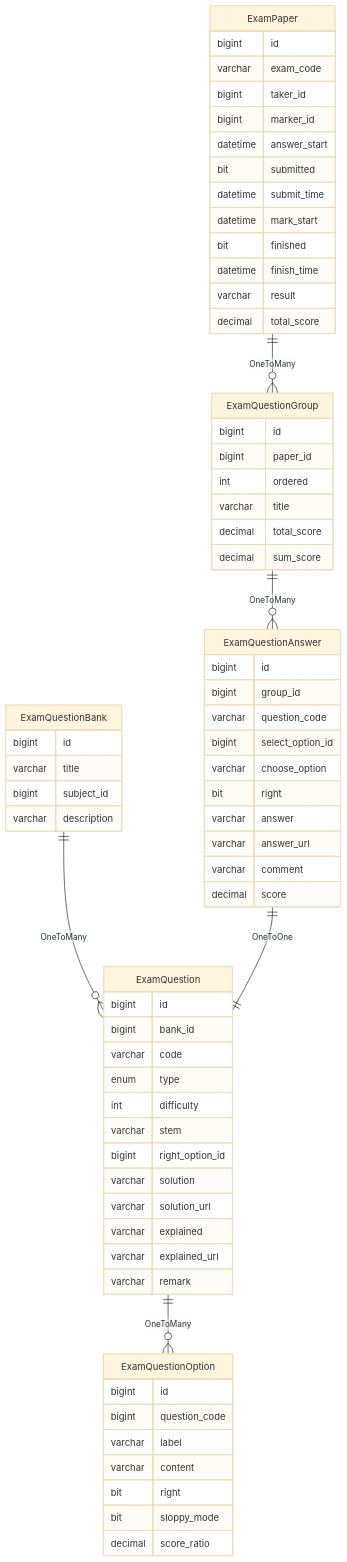
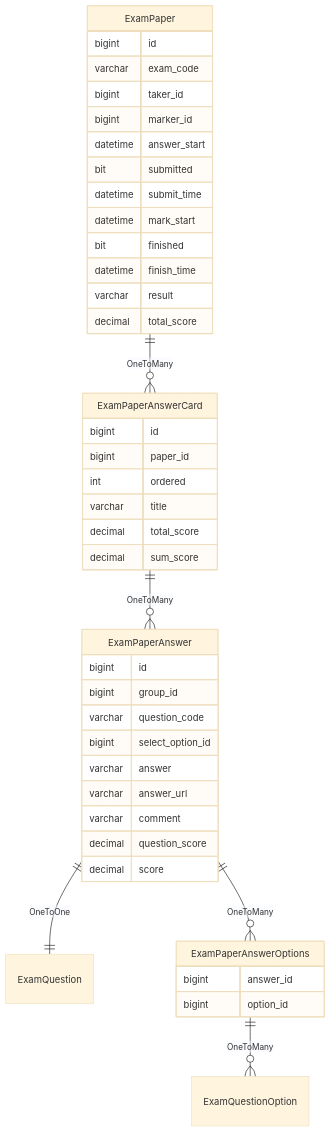
The third of 3 diagrams in docs/1.develop/1.10.exam.md (mrzhqiang/rowing), drawn with Mermaid (base theme) before and after one commit. The commit also changed other lines of this file and 174 other files, not shown here.

````diff
--- a/docs/1.develop/1.10.exam.md
+++ b/docs/1.develop/1.10.exam.md
@@ -136,71 +202,45 @@
 ```mermaid
 erDiagram
-  ExamQuestionBank ||--o{ ExamQuestion : OneToMany
-  ExamQuestion ||--o{ ExamQuestionOption : OneToMany
-  ExamPaper ||--o{ ExamQuestionGroup : OneToMany
-  ExamQuestionGroup ||--o{ ExamQuestionAnswer : OneToMany
-  ExamQuestionAnswer ||--|| ExamQuestion : OneToOne
-  ExamQuestionBank {
-    bigint    id
-    varchar   title
-    bigint    subject_id
-    varchar   description
-  }
-  ExamQuestion {
-    bigint    id
-    bigint    bank_id
-    varchar   code
-    enum      type
-    int       difficulty
-    varchar   stem
-    bigint    right_option_id
-    varchar   solution
-    varchar   solution_url
-    varchar   explained
-    varchar   explained_url
-    varchar   remark
-  }
-  ExamQuestionOption {
-    bigint    id
-    bigint    question_code
-    varchar   label
-    varchar   content
-    bit       right
-    bit       sloppy_mode
-    decimal   score_ratio
-  }
+  ExamPaper ||--o{ ExamPaperAnswerCard : OneToMany
+  ExamPaperAnswerCard ||--o{ ExamPaperAnswer : OneToMany
+  ExamPaperAnswer ||--|| ExamQuestion : OneToOne
+  ExamPaperAnswer ||--o{ ExamPaperAnswerOptions : OneToMany
+  ExamPaperAnswerOptions ||--o{ ExamQuestionOption : OneToMany
   ExamPaper {
     bigint    id
     varchar   exam_code
     bigint    taker_id
     bigint    marker_id
     datetime  answer_start
     bit       submitted
     datetime  submit_time
     datetime  mark_start
     bit       finished
     datetime  finish_time
     varchar   result
     decimal   total_score
   }
-  ExamQuestionGroup {
+  ExamPaperAnswerCard {
     bigint    id
     bigint    paper_id
     int       ordered
     varchar   title
     decimal   total_score
     decimal   sum_score
   }
-  ExamQuestionAnswer {
+  ExamPaperAnswer {
     bigint    id
     bigint    group_id
     varchar   question_code
     bigint    select_option_id
-    varchar   choose_option
-    bit       right
     varchar   answer
     varchar   answer_url
     varchar   comment
+    decimal   question_score
     decimal   score
   }
+  ExamPaperAnswerOptions {
+    bigint    answer_id
+    bigint    option_id
+  }
 ```
````
